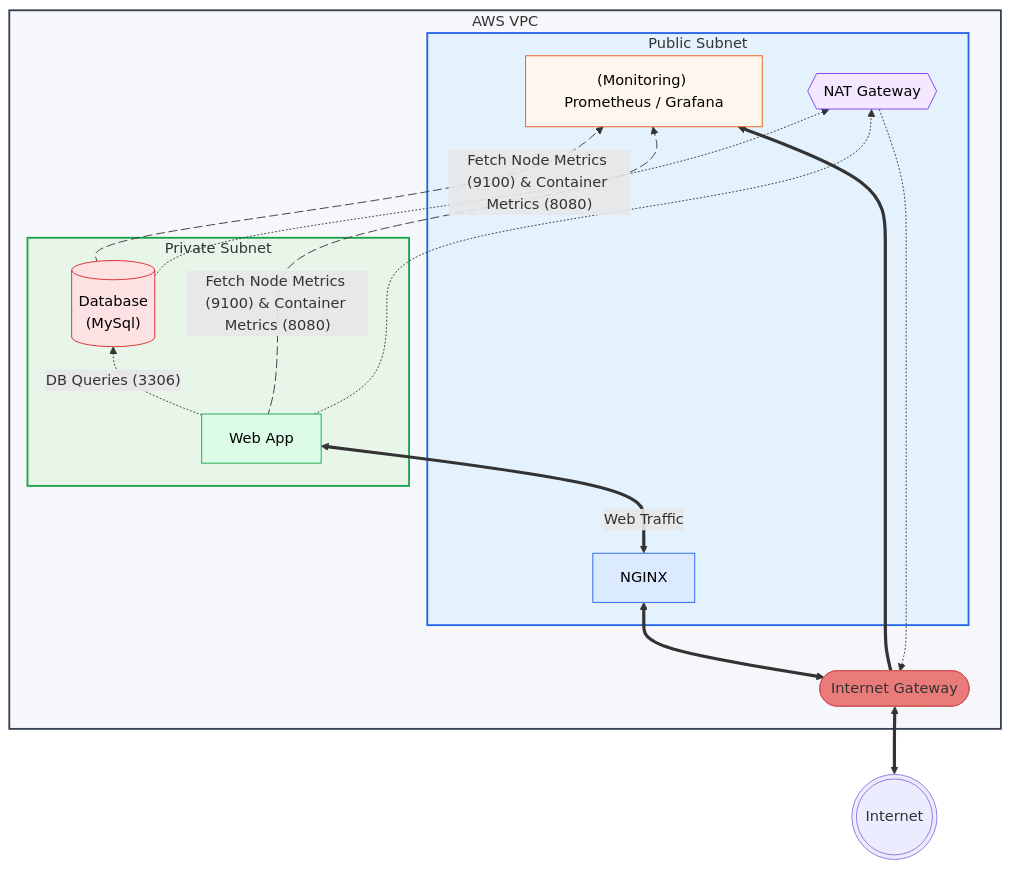
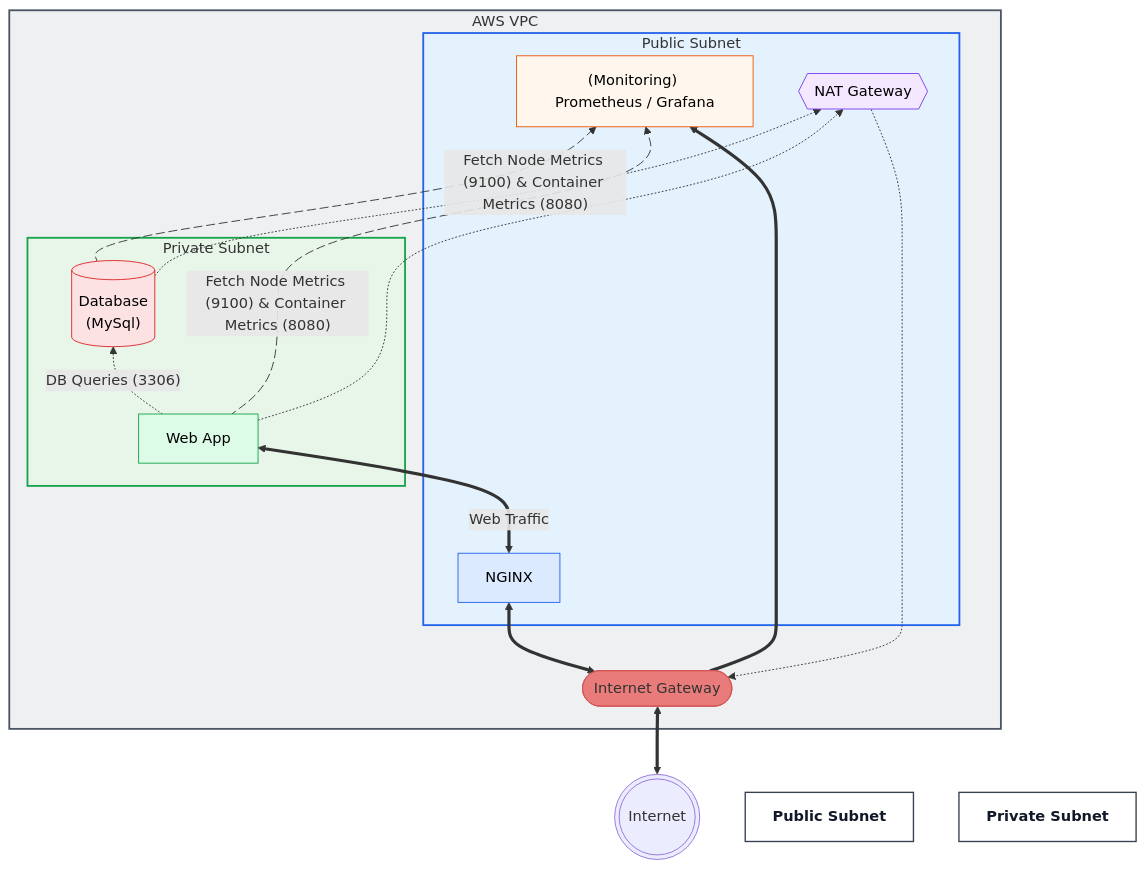
One commit to Jazzar101/learning-terraform-3087701 changed the diagram in README.md. Above: the diagram before and after it, drawn with Mermaid.

Commit message:
Changed labelling

````diff
--- a/README.md
+++ b/README.md
@@ -6,52 +6,56 @@
 ```mermaid
 flowchart BT
     Internet(((Internet)))
     subgraph VPC[AWS VPC]
         IGW([Internet Gateway])
         subgraph PublicSubnet[Public Subnet]
             NGINX[NGINX]
             Monitoring["(Monitoring) Prometheus / Grafana"]
             NAT{{NAT Gateway}}
         end
 
         subgraph PrivateSubnet[Private Subnet]
             App[Web App]
             DB[("Database\n(MySql)")]
         end
     end
 
     Internet <==> IGW
     IGW <==> NGINX
     NGINX <==>|Web Traffic| App
     App -.->|"DB Queries (3306)"| DB
     IGW ==> Monitoring
 
     App metricsApp@-->|"Fetch Node Metrics (9100) & Container Metrics (8080)"| Monitoring
     DB metricsDB@-->|"Fetch Node Metrics (9100) & Container Metrics (8080)"| Monitoring
 
     App -.-> NAT
     DB -.-> NAT
     NAT -.-> IGW
     
     metricsApp@{ animation: slow }    
     metricsDB@{ animation: slow }
 
     %% Node-only styling (GitHub safe)
     classDef ingress fill:#dbeafe,stroke:#2563eb,color:#000000
     classDef monitoring fill:#fff7ed,stroke:#ea580c,color:#000000
     classDef nat fill:#f3e8ff,stroke:#7c3aed,color:#000000
     classDef app fill:#dcfce7,stroke:#16a34a,color:#000000
     classDef db fill:#fde2e4,stroke:#dc2626,color:#000000
     classDef igw fill:#EA7B7B,stroke:#D25353,color:#00000
+    classDef subnetLabel fill:#ffffff,stroke:#374151,stroke-width:1.5px,color:#111827,font-weight:bold
 
-    style VPC fill:#f5f7fa,stroke:#374151,stroke-width:2px
+    style VPC fill:#eef0f2,stroke:#4b5563,stroke-width:2px
     style PublicSubnet fill:#e3f2fd,stroke:#2563eb,stroke-width:2px
     style PrivateSubnet fill:#e8f5e9,stroke:#16a34a,stroke-width:2px    
+
+    PublicLabel["Public Subnet"]:::subnetLabel
+    PrivateLabel["Private Subnet"]:::subnetLabel
 
     class NGINX ingress
     class Monitoring monitoring
     class NAT nat
     class App app
     class DB db
     class IGW igw
 ```
````
